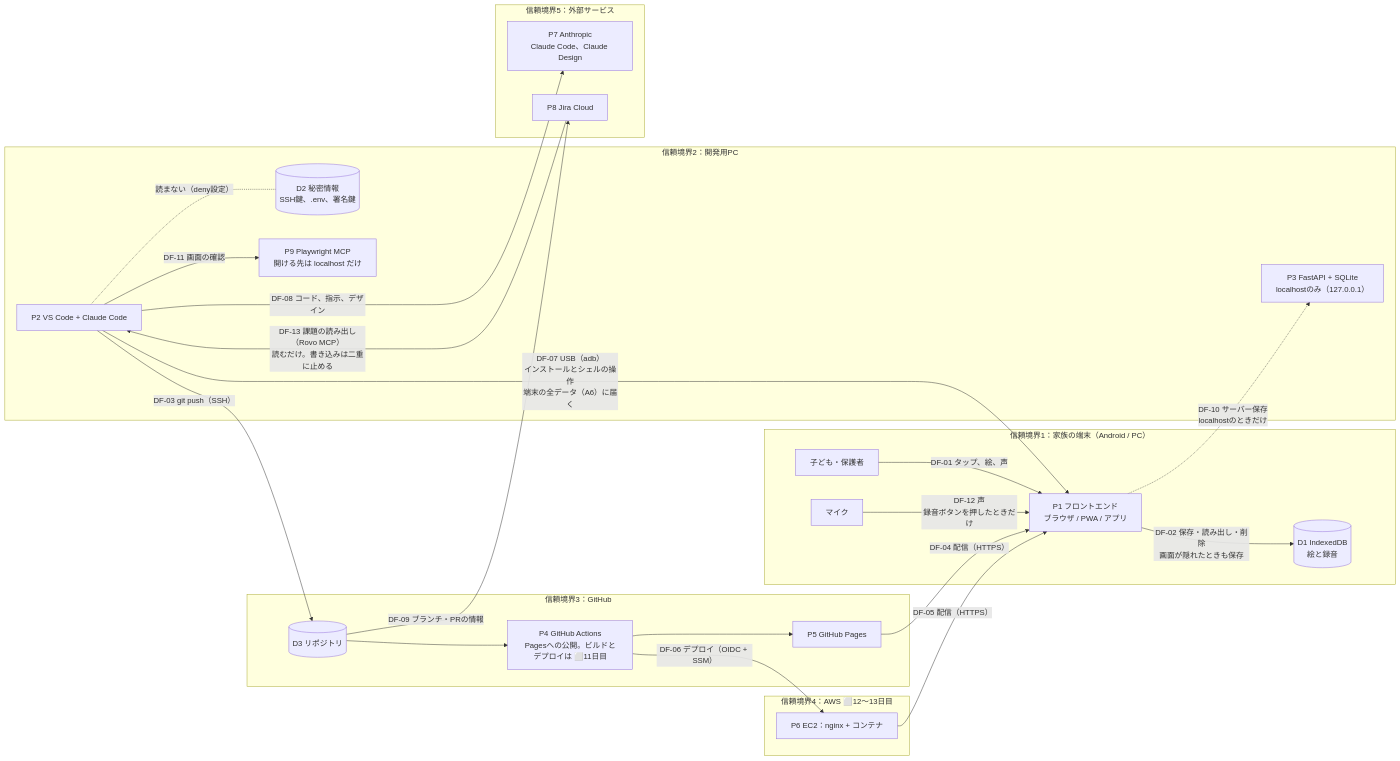
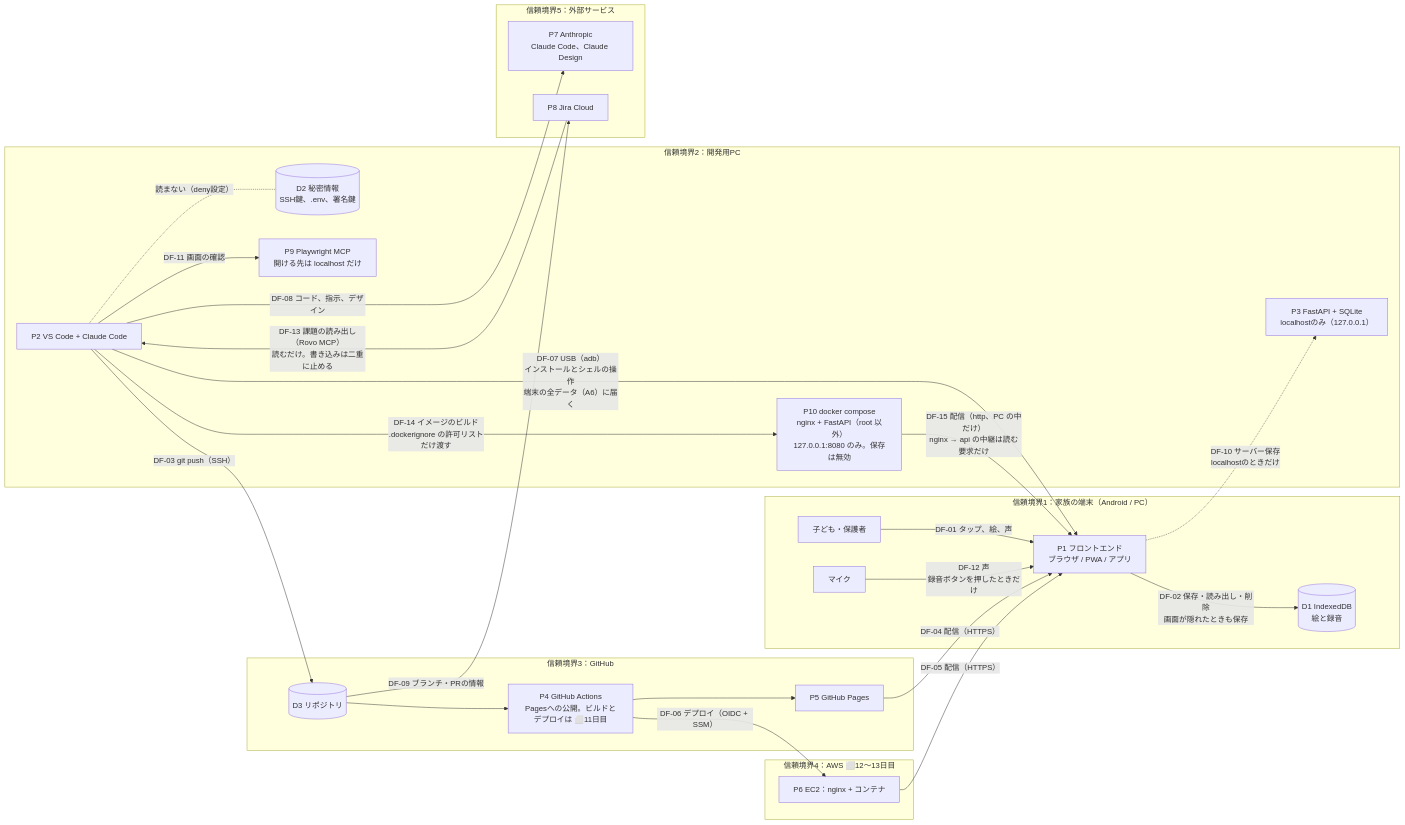
One commit to Hayato-F110/kids-play changed the diagram in docs/security/threat-model.md. Above: the diagram before and after it, drawn with Mermaid. The commit also changed other lines of this file and 9 other files, not shown here.

First line of the commit message:
KIDS-37 feat: nginx と FastAPI を docker compose で動かす（root 以外、保存は無効）

````diff
--- a/docs/security/threat-model.md
+++ b/docs/security/threat-model.md
@@ -24,47 +24,50 @@
 ```mermaid
 flowchart LR
     subgraph TB1["信頼境界1：家族の端末（Android / PC）"]
         child["子ども・保護者"]
         ui["P1 フロントエンド<br>ブラウザ / PWA / アプリ"]
         mic["マイク"]
         idb[("D1 IndexedDB<br>絵と録音")]
         child -- "DF-01 タップ、絵、声" --> ui
         mic -- "DF-12 声<br>録音ボタンを押したときだけ" --> ui
         ui -- "DF-02 保存・読み出し・削除<br>画面が隠れたときも保存" --> idb
     end
 
     subgraph TB2["信頼境界2：開発用PC"]
         dev["P2 VS Code + Claude Code"]
         secrets[("D2 秘密情報<br>SSH鍵、.env、署名鍵")]
         localapi["P3 FastAPI + SQLite<br>localhostのみ（127.0.0.1）"]
         mcp["P9 Playwright MCP<br>開ける先は localhost だけ"]
+        compose["P10 docker compose<br>nginx + FastAPI（root 以外）<br>127.0.0.1:8080 のみ。保存は無効"]
         dev -. "読まない（deny設定）" .- secrets
         dev -- "DF-11 画面の確認" --> mcp
+        dev -- "DF-14 イメージのビルド<br>.dockerignore の許可リストだけ渡す" --> compose
     end
 
     subgraph TB3["信頼境界3：GitHub"]
         repo[("D3 リポジトリ")]
         actions["P4 GitHub Actions<br>Pagesへの公開。ビルドとデプロイは ⬜11日目"]
         pages["P5 GitHub Pages"]
         repo --> actions --> pages
     end
 
     subgraph TB4["信頼境界4：AWS ⬜12〜13日目"]
         ec2["P6 EC2：nginx + コンテナ"]
     end
 
     subgraph TB5["信頼境界5：外部サービス"]
         claude["P7 Anthropic<br>Claude Code、Claude Design"]
         jira["P8 Jira Cloud"]
     end
 
     dev -- "DF-03 git push（SSH）" --> repo
     pages -- "DF-04 配信（HTTPS）" --> ui
     ec2 -- "DF-05 配信（HTTPS）" --> ui
     actions -- "DF-06 デプロイ（OIDC + SSM）" --> ec2
     dev -- "DF-07 USB（adb）<br>インストールとシェルの操作<br>端末の全データ（A6）に届く" --> ui
     dev -- "DF-08 コード、指示、デザイン" --> claude
     repo -- "DF-09 ブランチ・PRの情報" --> jira
     ui -. "DF-10 サーバー保存<br>localhostのときだけ" .-> localapi
+    compose -- "DF-15 配信（http、PC の中だけ）<br>nginx → api の中継は読む要求だけ" --> ui
     jira -- "DF-13 課題の読み出し（Rovo MCP）<br>読むだけ。書き込みは二重に止める" --> dev
 ```
````
